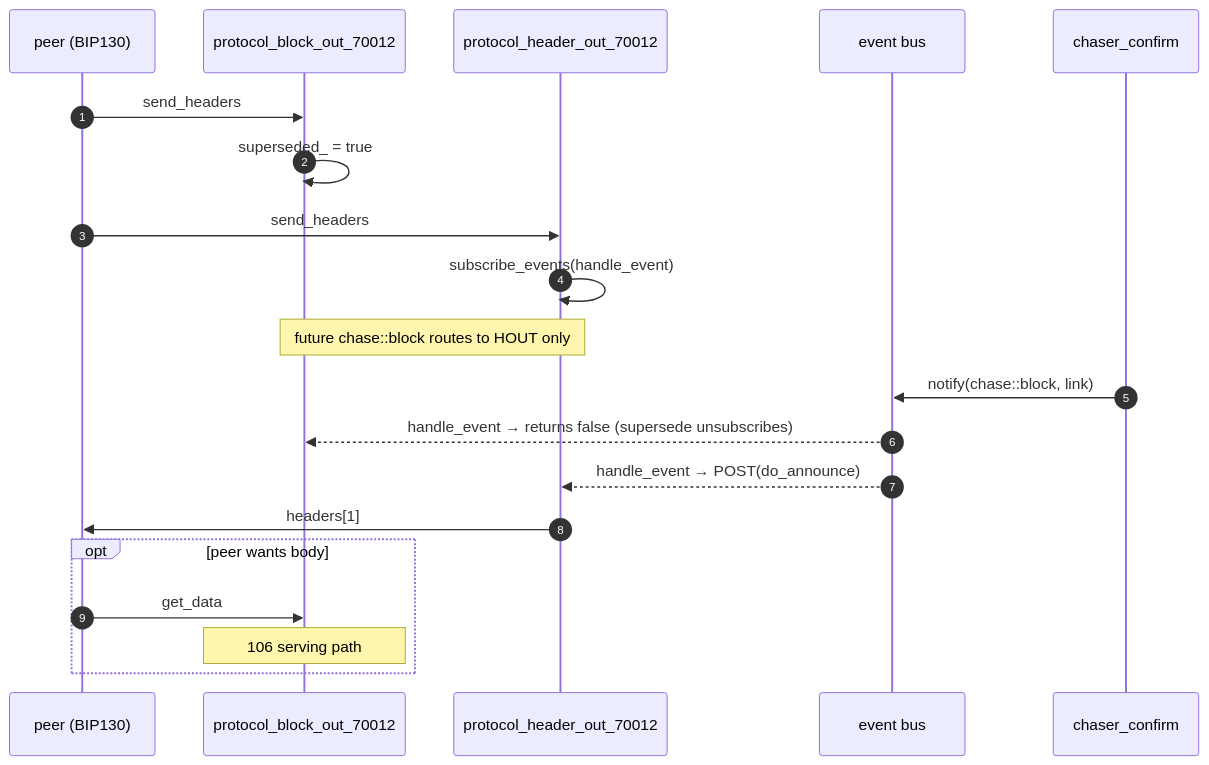
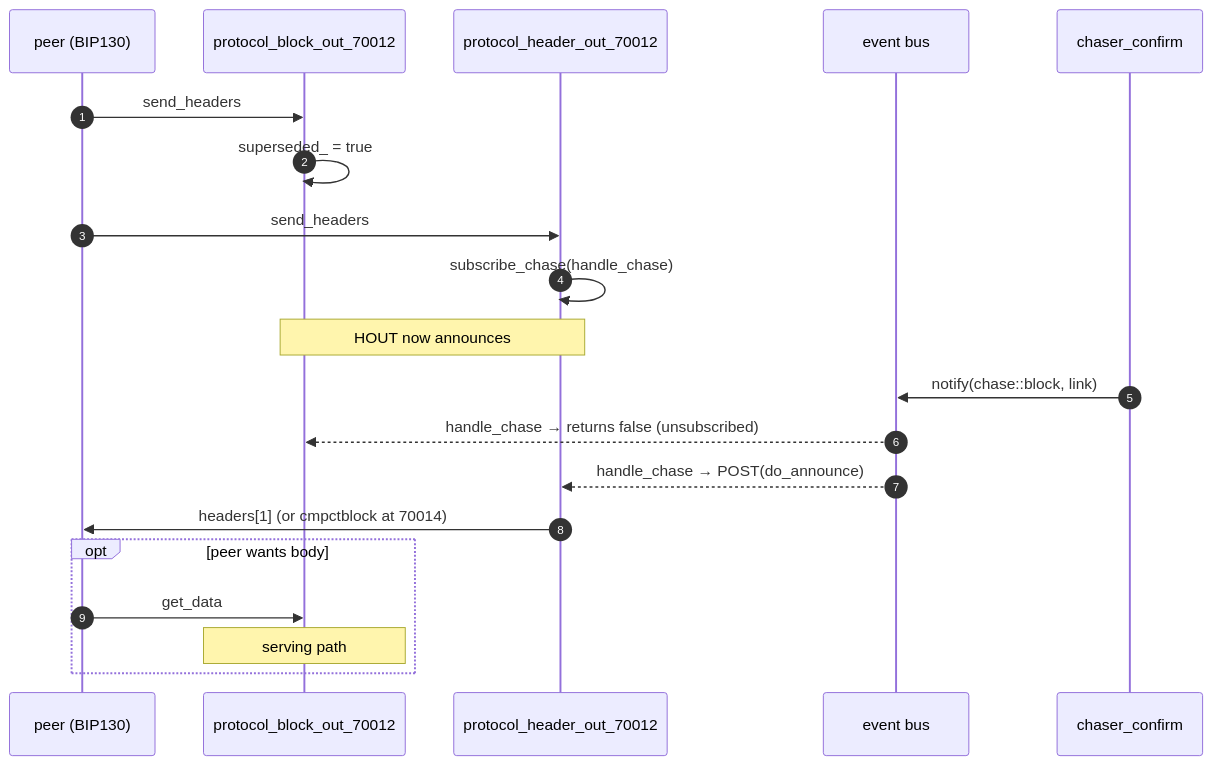
One commit to libbitcoin/libbitcoin.github.io changed the fourth of 4 diagrams in architecture/md/08-block-out-protocols.md. Above: the diagram before and after it, drawn with Mermaid. The commit also changed other lines of this file and 31 other files, not shown here.

Commit message:
Add the node architecture pages.

````diff
--- a/architecture/md/08-block-out-protocols.md
+++ b/architecture/md/08-block-out-protocols.md
@@ -388,24 +300,24 @@
 ```mermaid
 sequenceDiagram
     autonumber
     participant PEER as peer (BIP130)
     participant POUT as protocol_block_out_70012
     participant HOUT as protocol_header_out_70012
     participant Bus as event bus
     participant CNF as chaser_confirm
 
     PEER->>POUT: send_headers
     POUT->>POUT: superseded_ = true
     PEER->>HOUT: send_headers
-    HOUT->>HOUT: subscribe_events(handle_event)
+    HOUT->>HOUT: subscribe_chase(handle_chase)
 
-    Note over POUT,HOUT: future chase::block routes to HOUT only
+    Note over POUT,HOUT: HOUT now announces
     CNF->>Bus: notify(chase::block, link)
-    Bus-->>POUT: handle_event → returns false (supersede unsubscribes)
-    Bus-->>HOUT: handle_event → POST(do_announce)
-    HOUT->>PEER: headers[1]
+    Bus-->>POUT: handle_chase → returns false (unsubscribed)
+    Bus-->>HOUT: handle_chase → POST(do_announce)
+    HOUT->>PEER: headers[1] (or cmpctblock at 70014)
     opt peer wants body
         PEER->>POUT: get_data
-        Note over POUT: 106 serving path
+        Note over POUT: serving path
     end
 ```
````
